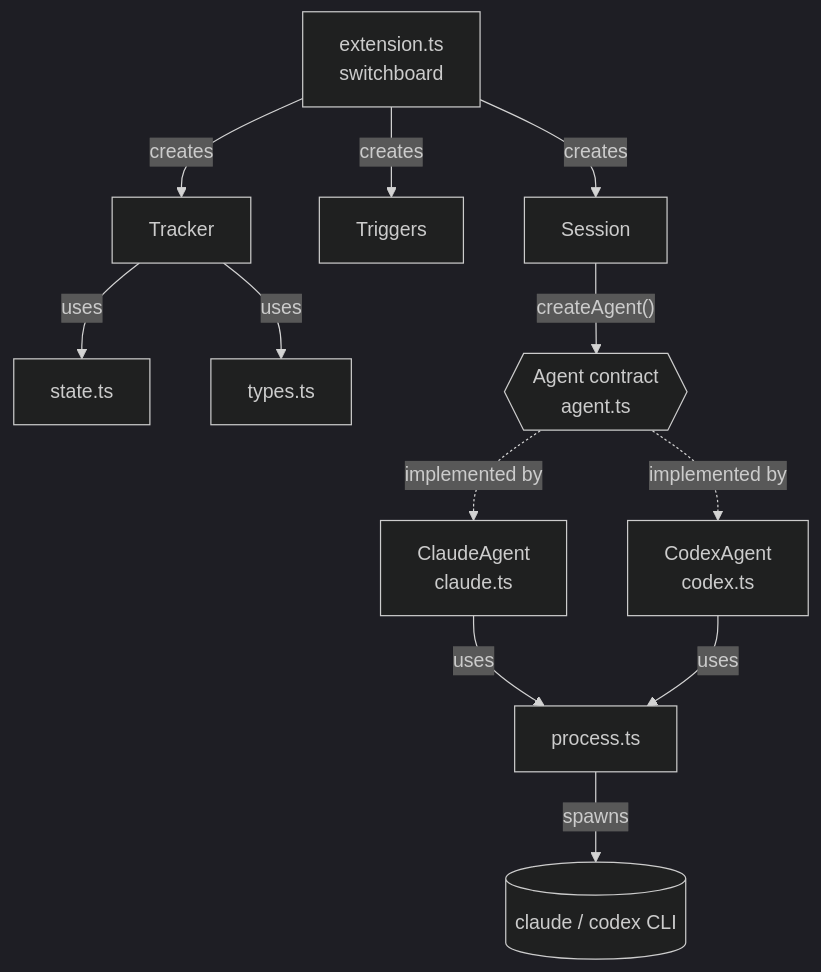
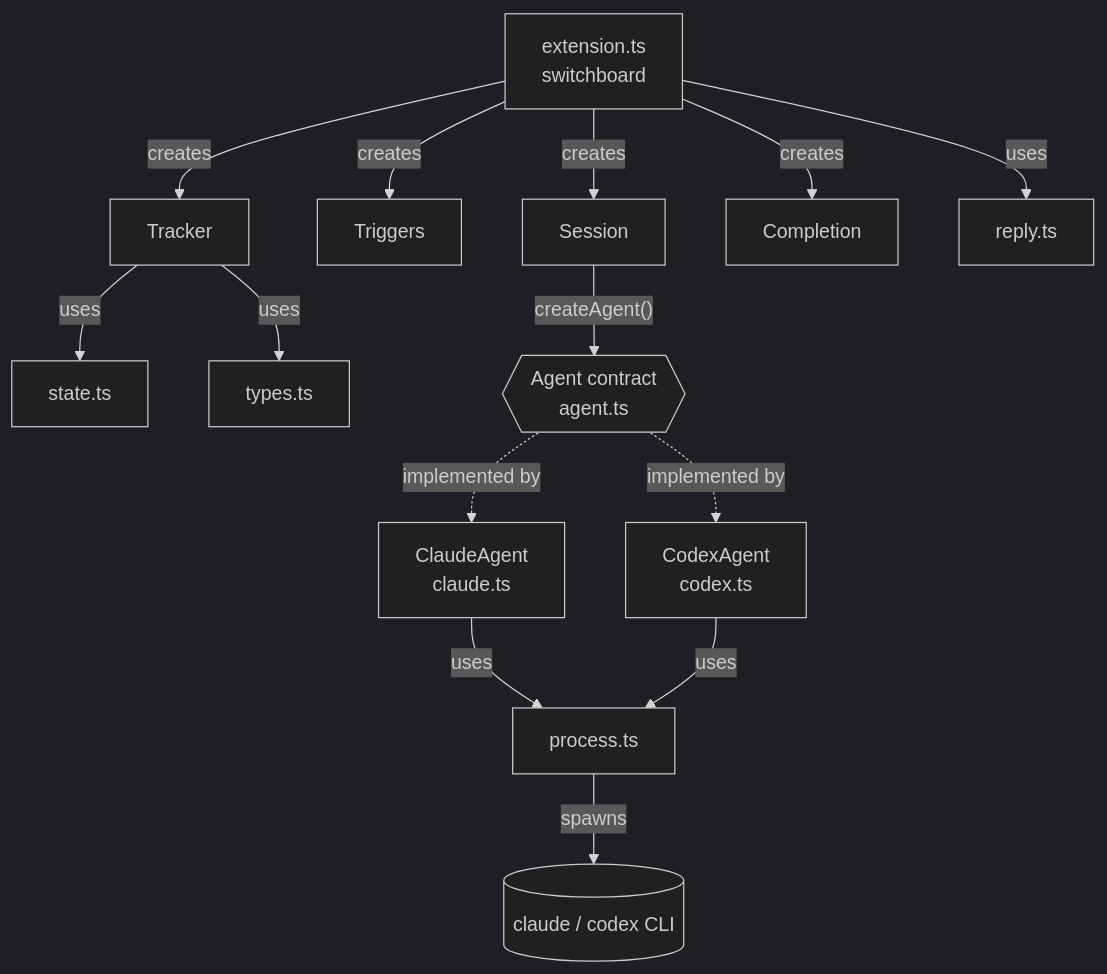
The first of 7 diagrams in docs/HOW_IT_WORKS.md (locchh/tab), drawn with Mermaid (dark theme) before and after one commit. The commit also changed other lines of this file and 3 other files, not shown here.

````diff
--- a/docs/HOW_IT_WORKS.md
+++ b/docs/HOW_IT_WORKS.md
@@ -31,19 +32,21 @@
 ```mermaid
 flowchart TB
     Ext[extension.ts<br/>switchboard]
 
     Ext -- creates --> Tracker[Tracker]
     Ext -- creates --> Triggers[Triggers]
     Ext -- creates --> Session[Session]
+    Ext -- creates --> Completion[Completion]
+    Ext -- uses --> Reply[reply.ts]
 
     Tracker -- uses --> State[state.ts]
     Tracker -- uses --> Types[types.ts]
 
     Session -- "createAgent()" --> Agent{{Agent contract<br/>agent.ts}}
     Agent -. implemented by .-> Claude[ClaudeAgent<br/>claude.ts]
     Agent -. implemented by .-> Codex[CodexAgent<br/>codex.ts]
     Claude -- uses --> Proc[process.ts]
     Codex -- uses --> Proc
 
     Proc -- spawns --> CLI[(claude / codex CLI)]
 ```
````
